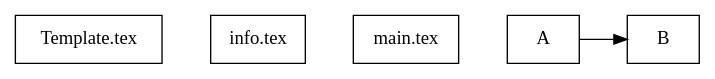
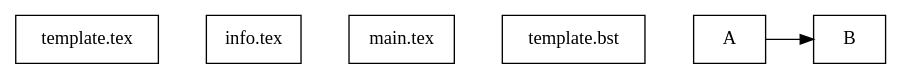
The diagram in texTemplate.org (bwtian/texTemplate), drawn with Graphviz before and after one commit. The commit also changed 1 other file, not shown here.

Commit message:
- ‘.#texTemplate.org’ / ‘texTemplate.org’

```diff
--- a/texTemplate.org
+++ b/texTemplate.org
@@ -4,19 +4,21 @@
 #+BEGIN_SRC dot :file ./texTemplate.svg 
 digraph { 
 fontname="Times"; 
 fontsize = 12; 
 splines = false; 
 ranksep = 0.2; 
 nodesep = 0.5; 
 node [shape = box] 
 //1. set node 
-j[label = "Template.tex"]
+j[label = "template.tex"]
 info [label = "info.tex"]
 main [label = "main.tex"]
+bst [label = "template.bst"]
+
 //2. set path 
 
 A -> B 
 //3. set rank 
 {rank = same; A, B} 
 }
 #+END_SRC
```
